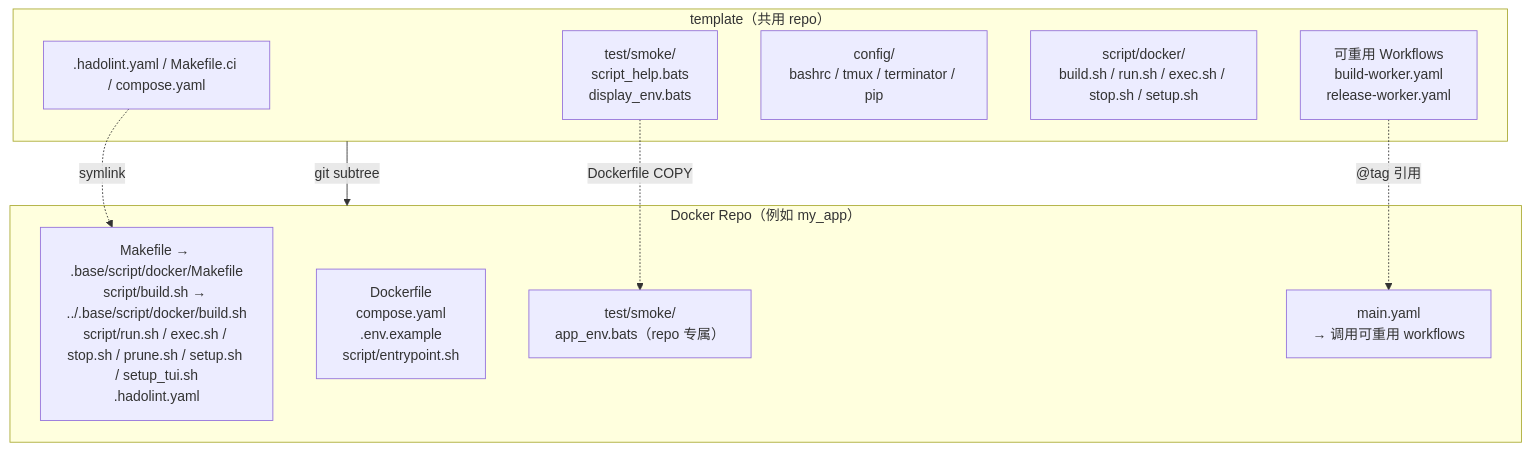
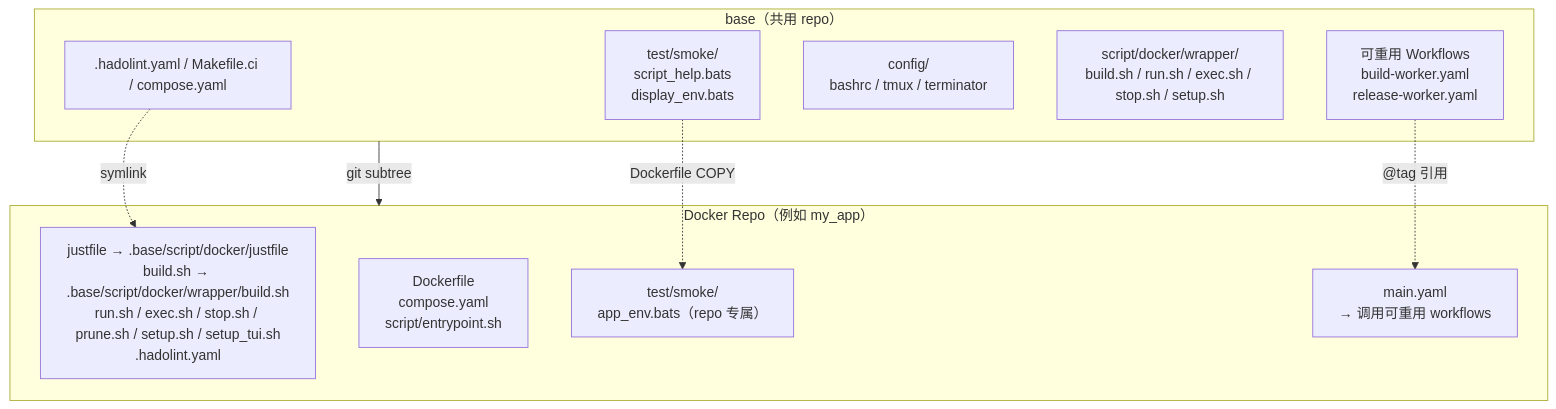
The first of 2 diagrams in .base/doc/readme/README.zh-CN.md (ycpss91255-docker/isaac), drawn with Mermaid before and after one commit. The commit also changed other lines of this file and 69 other files, not shown here.

First line of the commit message:
chore(base): upgrade .base subtree v0.40.0 -> v0.41.0 (make->just, runtime.env retired) (#124)

````diff
--- a/.base/doc/readme/README.zh-CN.md
+++ b/.base/doc/readme/README.zh-CN.md
@@ -56,22 +56,22 @@
 ```mermaid
 graph TB
-    subgraph template["template（共用 repo）"]
+    subgraph base["base（共用 repo）"]
         scripts[".hadolint.yaml / Makefile.ci / compose.yaml"]
         smoke["test/smoke/<br/>script_help.bats<br/>display_env.bats"]
-        config["config/<br/>bashrc / tmux / terminator / pip"]
-        mgmt["script/docker/<br/>build.sh / run.sh / exec.sh / stop.sh / setup.sh"]
+        config["config/<br/>bashrc / tmux / terminator"]
+        mgmt["script/docker/wrapper/<br/>build.sh / run.sh / exec.sh / stop.sh / setup.sh"]
         workflows["可重用 Workflows<br/>build-worker.yaml<br/>release-worker.yaml"]
     end
 
     subgraph consumer["Docker Repo（例如 my_app）"]
-        symlinks["Makefile → .base/script/docker/Makefile<br/>script/build.sh → ../.base/script/docker/build.sh<br/>script/run.sh / exec.sh / stop.sh / prune.sh / setup.sh / setup_tui.sh<br/>.hadolint.yaml"]
-        dockerfile["Dockerfile<br/>compose.yaml<br/>.env.example<br/>script/entrypoint.sh"]
+        symlinks["justfile → .base/script/docker/justfile<br/>build.sh → .base/script/docker/wrapper/build.sh<br/>run.sh / exec.sh / stop.sh / prune.sh / setup.sh / setup_tui.sh<br/>.hadolint.yaml"]
+        dockerfile["Dockerfile<br/>compose.yaml<br/>script/entrypoint.sh"]
         repo_test["test/smoke/<br/>app_env.bats（repo 专属）"]
         main_yaml["main.yaml<br/>→ 调用可重用 workflows"]
     end
 
-    template -- "git subtree" --> consumer
+    base -- "git subtree" --> consumer
     scripts -. "symlink" .-> symlinks
     smoke -. "Dockerfile COPY" .-> repo_test
     workflows -. "@tag 引用" .-> main_yaml
 ```
````
